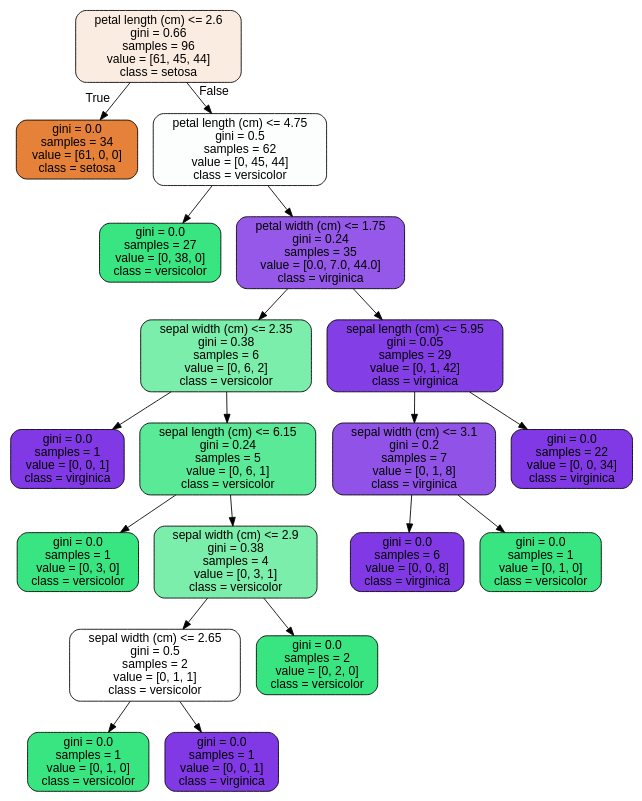
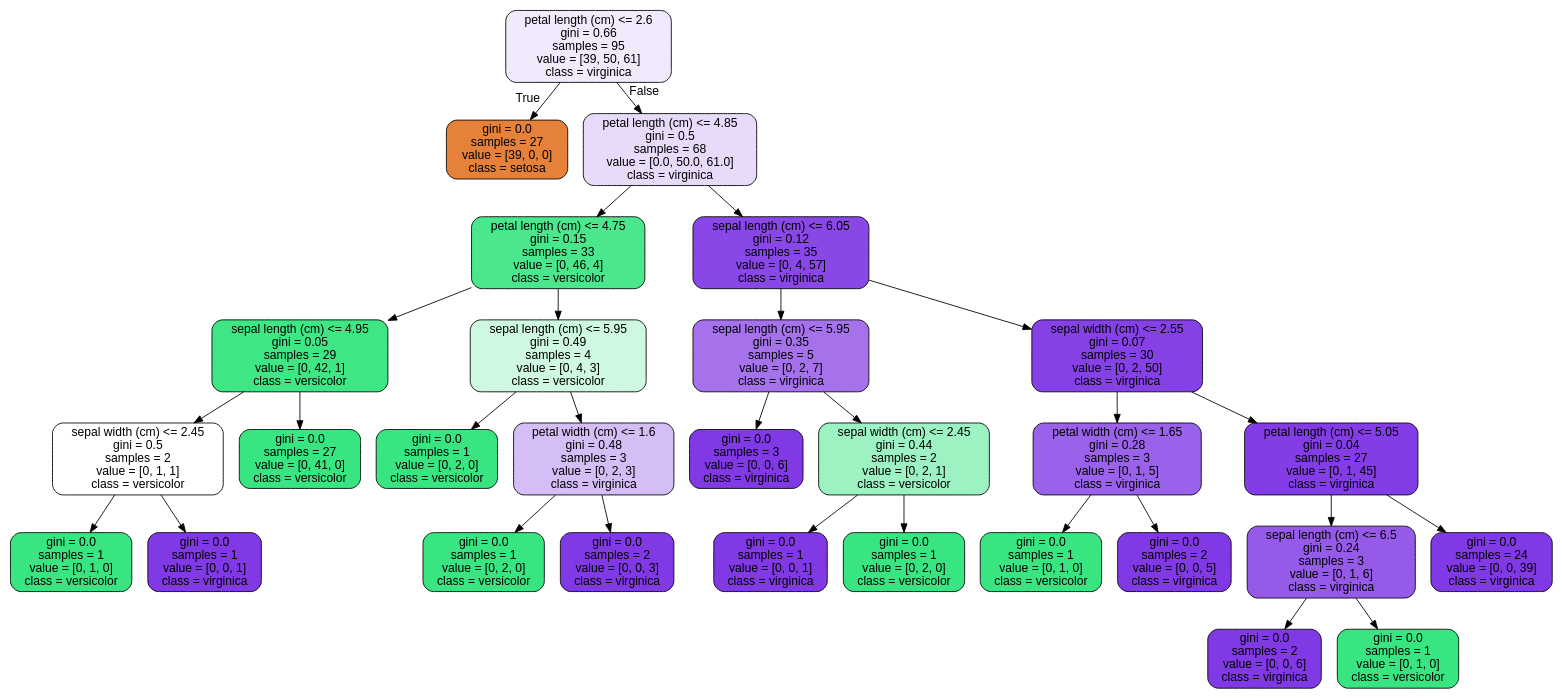
The diagram in 14-supervised-learning/04-ensemble-methods-and-random-forest/tree.dot (blue-santa/sprinboard-data-science-2026), drawn with Graphviz before and after one commit. The commit also changed 2 other files, not shown here.

```diff
--- a/14-supervised-learning/04-ensemble-methods-and-random-forest/tree.dot
+++ b/14-supervised-learning/04-ensemble-methods-and-random-forest/tree.dot
@@ -1,41 +1,61 @@
 digraph Tree {
 node [shape=box, style="filled, rounded", color="black", fontname="helvetica"] ;
 edge [fontname="helvetica"] ;
-0 [label="petal length (cm) <= 2.6\ngini = 0.66\nsamples = 96\nvalue = [61, 45, 44]\nclass = setosa", fillcolor="#fbece1"] ;
-1 [label="gini = 0.0\nsamples = 34\nvalue = [61, 0, 0]\nclass = setosa", fillcolor="#e58139"] ;
+0 [label="petal length (cm) <= 2.6\ngini = 0.66\nsamples = 95\nvalue = [39, 50, 61]\nclass = virginica", fillcolor="#f1e9fc"] ;
+1 [label="gini = 0.0\nsamples = 27\nvalue = [39, 0, 0]\nclass = setosa", fillcolor="#e58139"] ;
 0 -> 1 [labeldistance=2.5, labelangle=45, headlabel="True"] ;
-2 [label="petal length (cm) <= 4.75\ngini = 0.5\nsamples = 62\nvalue = [0, 45, 44]\nclass = versicolor", fillcolor="#fbfefc"] ;
+2 [label="petal length (cm) <= 4.85\ngini = 0.5\nsamples = 68\nvalue = [0.0, 50.0, 61.0]\nclass = virginica", fillcolor="#e8dbfa"] ;
 0 -> 2 [labeldistance=2.5, labelangle=-45, headlabel="False"] ;
-3 [label="gini = 0.0\nsamples = 27\nvalue = [0, 38, 0]\nclass = versicolor", fillcolor="#39e581"] ;
+3 [label="petal length (cm) <= 4.75\ngini = 0.15\nsamples = 33\nvalue = [0, 46, 4]\nclass = versicolor", fillcolor="#4ae78c"] ;
 2 -> 3 ;
-4 [label="petal width (cm) <= 1.75\ngini = 0.24\nsamples = 35\nvalue = [0.0, 7.0, 44.0]\nclass = virginica", fillcolor="#9558e9"] ;
-2 -> 4 ;
-5 [label="sepal width (cm) <= 2.35\ngini = 0.38\nsamples = 6\nvalue = [0, 6, 2]\nclass = versicolor", fillcolor="#7beeab"] ;
+4 [label="sepal length (cm) <= 4.95\ngini = 0.05\nsamples = 29\nvalue = [0, 42, 1]\nclass = versicolor", fillcolor="#3ee684"] ;
+3 -> 4 ;
+5 [label="sepal width (cm) <= 2.45\ngini = 0.5\nsamples = 2\nvalue = [0, 1, 1]\nclass = versicolor", fillcolor="#ffffff"] ;
 4 -> 5 ;
-6 [label="gini = 0.0\nsamples = 1\nvalue = [0, 0, 1]\nclass = virginica", fillcolor="#8139e5"] ;
+6 [label="gini = 0.0\nsamples = 1\nvalue = [0, 1, 0]\nclass = versicolor", fillcolor="#39e581"] ;
 5 -> 6 ;
-7 [label="sepal length (cm) <= 6.15\ngini = 0.24\nsamples = 5\nvalue = [0, 6, 1]\nclass = versicolor", fillcolor="#5ae996"] ;
+7 [label="gini = 0.0\nsamples = 1\nvalue = [0, 0, 1]\nclass = virginica", fillcolor="#8139e5"] ;
 5 -> 7 ;
-8 [label="gini = 0.0\nsamples = 1\nvalue = [0, 3, 0]\nclass = versicolor", fillcolor="#39e581"] ;
-7 -> 8 ;
-9 [label="sepal width (cm) <= 2.9\ngini = 0.38\nsamples = 4\nvalue = [0, 3, 1]\nclass = versicolor", fillcolor="#7beeab"] ;
-7 -> 9 ;
-10 [label="sepal width (cm) <= 2.65\ngini = 0.5\nsamples = 2\nvalue = [0, 1, 1]\nclass = versicolor", fillcolor="#ffffff"] ;
+8 [label="gini = 0.0\nsamples = 27\nvalue = [0, 41, 0]\nclass = versicolor", fillcolor="#39e581"] ;
+4 -> 8 ;
+9 [label="sepal length (cm) <= 5.95\ngini = 0.49\nsamples = 4\nvalue = [0, 4, 3]\nclass = versicolor", fillcolor="#cef8e0"] ;
+3 -> 9 ;
+10 [label="gini = 0.0\nsamples = 1\nvalue = [0, 2, 0]\nclass = versicolor", fillcolor="#39e581"] ;
 9 -> 10 ;
-11 [label="gini = 0.0\nsamples = 1\nvalue = [0, 1, 0]\nclass = versicolor", fillcolor="#39e581"] ;
-10 -> 11 ;
-12 [label="gini = 0.0\nsamples = 1\nvalue = [0, 0, 1]\nclass = virginica", fillcolor="#8139e5"] ;
-10 -> 12 ;
-13 [label="gini = 0.0\nsamples = 2\nvalue = [0, 2, 0]\nclass = versicolor", fillcolor="#39e581"] ;
-9 -> 13 ;
-14 [label="sepal length (cm) <= 5.95\ngini = 0.05\nsamples = 29\nvalue = [0, 1, 42]\nclass = virginica", fillcolor="#843ee6"] ;
-4 -> 14 ;
-15 [label="sepal width (cm) <= 3.1\ngini = 0.2\nsamples = 7\nvalue = [0, 1, 8]\nclass = virginica", fillcolor="#9152e8"] ;
+11 [label="petal width (cm) <= 1.6\ngini = 0.48\nsamples = 3\nvalue = [0, 2, 3]\nclass = virginica", fillcolor="#d5bdf6"] ;
+9 -> 11 ;
+12 [label="gini = 0.0\nsamples = 1\nvalue = [0, 2, 0]\nclass = versicolor", fillcolor="#39e581"] ;
+11 -> 12 ;
+13 [label="gini = 0.0\nsamples = 2\nvalue = [0, 0, 3]\nclass = virginica", fillcolor="#8139e5"] ;
+11 -> 13 ;
+14 [label="sepal length (cm) <= 6.05\ngini = 0.12\nsamples = 35\nvalue = [0, 4, 57]\nclass = virginica", fillcolor="#8a47e7"] ;
+2 -> 14 ;
+15 [label="sepal length (cm) <= 5.95\ngini = 0.35\nsamples = 5\nvalue = [0, 2, 7]\nclass = virginica", fillcolor="#a572ec"] ;
 14 -> 15 ;
-16 [label="gini = 0.0\nsamples = 6\nvalue = [0, 0, 8]\nclass = virginica", fillcolor="#8139e5"] ;
+16 [label="gini = 0.0\nsamples = 3\nvalue = [0, 0, 6]\nclass = virginica", fillcolor="#8139e5"] ;
 15 -> 16 ;
-17 [label="gini = 0.0\nsamples = 1\nvalue = [0, 1, 0]\nclass = versicolor", fillcolor="#39e581"] ;
+17 [label="sepal width (cm) <= 2.45\ngini = 0.44\nsamples = 2\nvalue = [0, 2, 1]\nclass = versicolor", fillcolor="#9cf2c0"] ;
 15 -> 17 ;
-18 [label="gini = 0.0\nsamples = 22\nvalue = [0, 0, 34]\nclass = virginica", fillcolor="#8139e5"] ;
-14 -> 18 ;
+18 [label="gini = 0.0\nsamples = 1\nvalue = [0, 0, 1]\nclass = virginica", fillcolor="#8139e5"] ;
+17 -> 18 ;
+19 [label="gini = 0.0\nsamples = 1\nvalue = [0, 2, 0]\nclass = versicolor", fillcolor="#39e581"] ;
+17 -> 19 ;
+20 [label="sepal width (cm) <= 2.55\ngini = 0.07\nsamples = 30\nvalue = [0, 2, 50]\nclass = virginica", fillcolor="#8641e6"] ;
+14 -> 20 ;
+21 [label="petal width (cm) <= 1.65\ngini = 0.28\nsamples = 3\nvalue = [0, 1, 5]\nclass = virginica", fillcolor="#9a61ea"] ;
+20 -> 21 ;
+22 [label="gini = 0.0\nsamples = 1\nvalue = [0, 1, 0]\nclass = versicolor", fillcolor="#39e581"] ;
+21 -> 22 ;
+23 [label="gini = 0.0\nsamples = 2\nvalue = [0, 0, 5]\nclass = virginica", fillcolor="#8139e5"] ;
+21 -> 23 ;
+24 [label="petal length (cm) <= 5.05\ngini = 0.04\nsamples = 27\nvalue = [0, 1, 45]\nclass = virginica", fillcolor="#843de6"] ;
+20 -> 24 ;
+25 [label="sepal length (cm) <= 6.5\ngini = 0.24\nsamples = 3\nvalue = [0, 1, 6]\nclass = virginica", fillcolor="#965ae9"] ;
+24 -> 25 ;
+26 [label="gini = 0.0\nsamples = 2\nvalue = [0, 0, 6]\nclass = virginica", fillcolor="#8139e5"] ;
+25 -> 26 ;
+27 [label="gini = 0.0\nsamples = 1\nvalue = [0, 1, 0]\nclass = versicolor", fillcolor="#39e581"] ;
+25 -> 27 ;
+28 [label="gini = 0.0\nsamples = 24\nvalue = [0, 0, 39]\nclass = virginica", fillcolor="#8139e5"] ;
+24 -> 28 ;
 }
```
